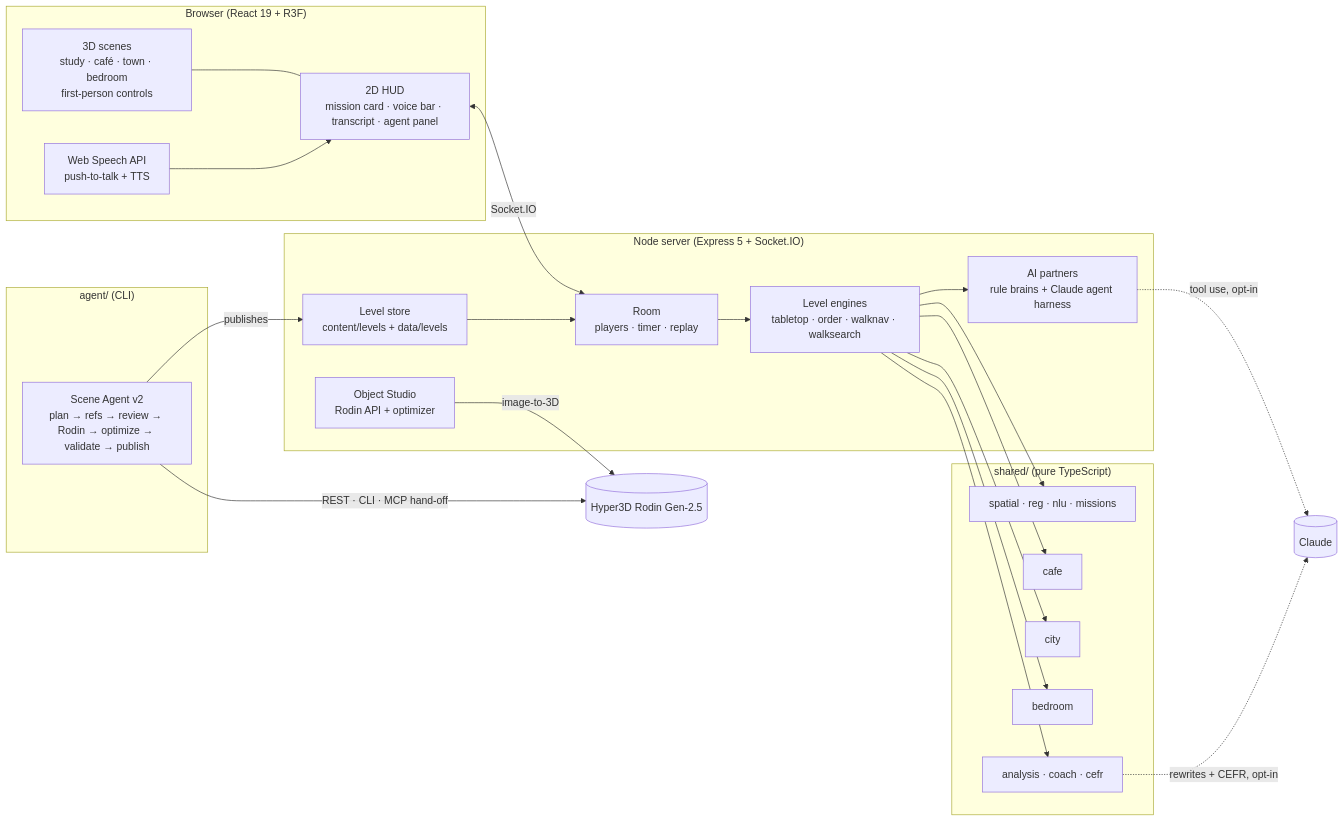
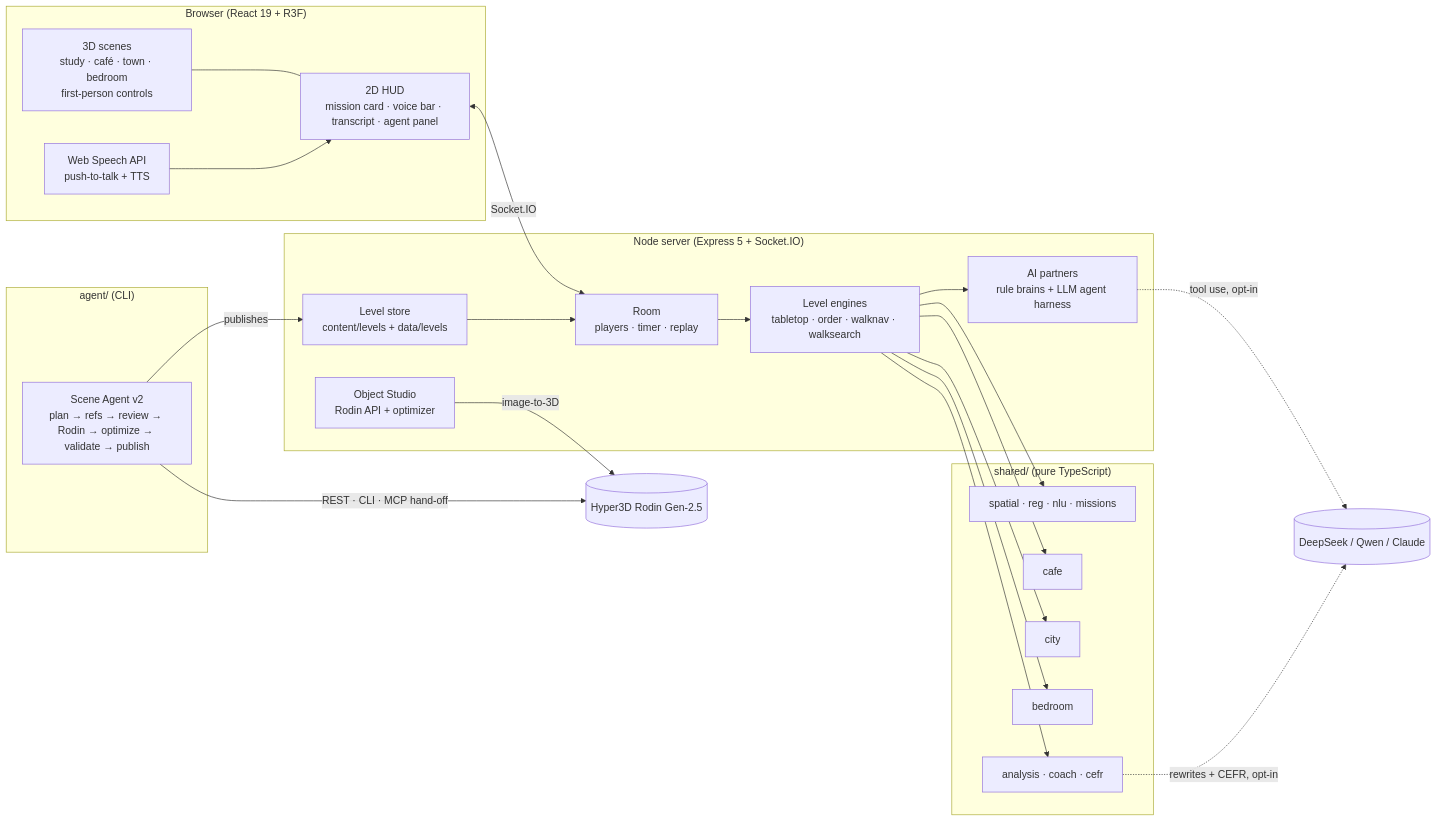
Before and after one commit to ZhangJiayan44/objecttalk: the diagram in docs/ARCHITECTURE.md, drawn with Mermaid. The commit also changed other lines of this file and 25 other files, not shown here.

````diff
--- a/docs/ARCHITECTURE.md
+++ b/docs/ARCHITECTURE.md
@@ -7,36 +7,36 @@
 ```mermaid
 flowchart LR
   subgraph Browser["Browser (React 19 + R3F)"]
     HUD["2D HUD<br/>mission card · voice bar · transcript · agent panel"]
     R3F["3D scenes<br/>study · café · town · bedroom<br/>first-person controls"]
     STT["Web Speech API<br/>push-to-talk + TTS"]
   end
   subgraph Server["Node server (Express 5 + Socket.IO)"]
     Room["Room<br/>players · timer · replay"]
     Engines["Level engines<br/>tabletop · order · walknav · walksearch"]
-    Bots["AI partners<br/>rule brains + Claude agent harness"]
+    Bots["AI partners<br/>rule brains + LLM agent harness"]
     Studio["Object Studio<br/>Rodin API + optimizer"]
     Levels["Level store<br/>content/levels + data/levels"]
   end
   subgraph Shared["shared/ (pure TypeScript)"]
     Spatial["spatial · reg · nlu · missions"]
     Cafe["cafe"]
     City["city"]
     Bedroom["bedroom"]
     Coach["analysis · coach · cefr"]
   end
   subgraph Agent["agent/ (CLI)"]
     SceneAgent["Scene Agent v2<br/>plan → refs → review → Rodin → optimize → validate → publish"]
   end
   HUD <-->|Socket.IO| Room
   R3F --- HUD
   STT --> HUD
   Room --> Engines --> Bots
   Engines --> Spatial & Cafe & City & Bedroom
   Engines --> Coach
-  Bots -.->|tool use, opt-in| Claude[(Claude)]
-  Coach -.->|rewrites + CEFR, opt-in| Claude
+  Bots -.->|tool use, opt-in| LLM[(DeepSeek / Qwen / Claude)]
+  Coach -.->|rewrites + CEFR, opt-in| LLM
   Studio -->|image-to-3D| Rodin[(Hyper3D Rodin Gen-2.5)]
   SceneAgent -->|REST · CLI · MCP hand-off| Rodin
   SceneAgent -->|publishes| Levels --> Room
 ```
````
